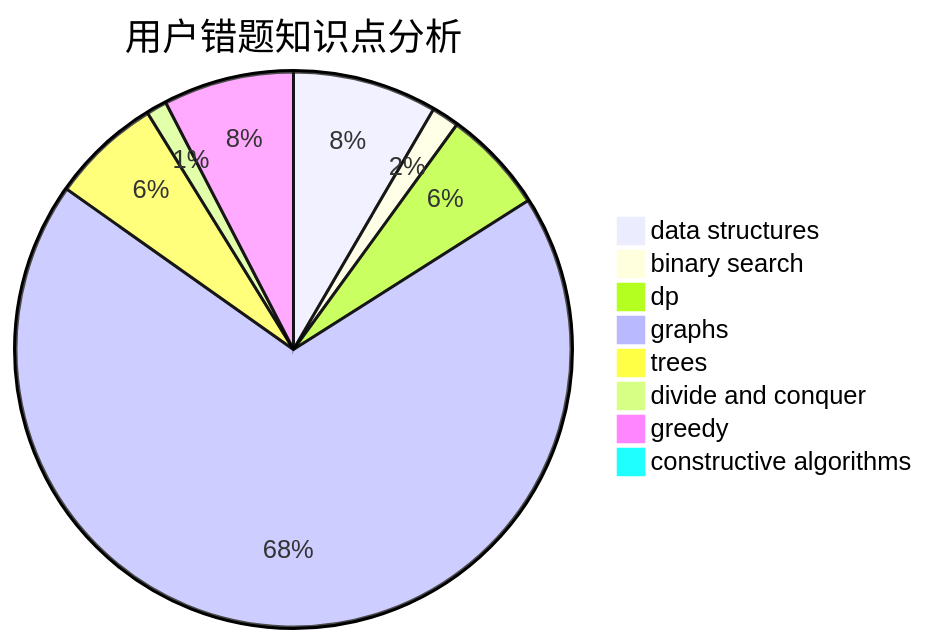
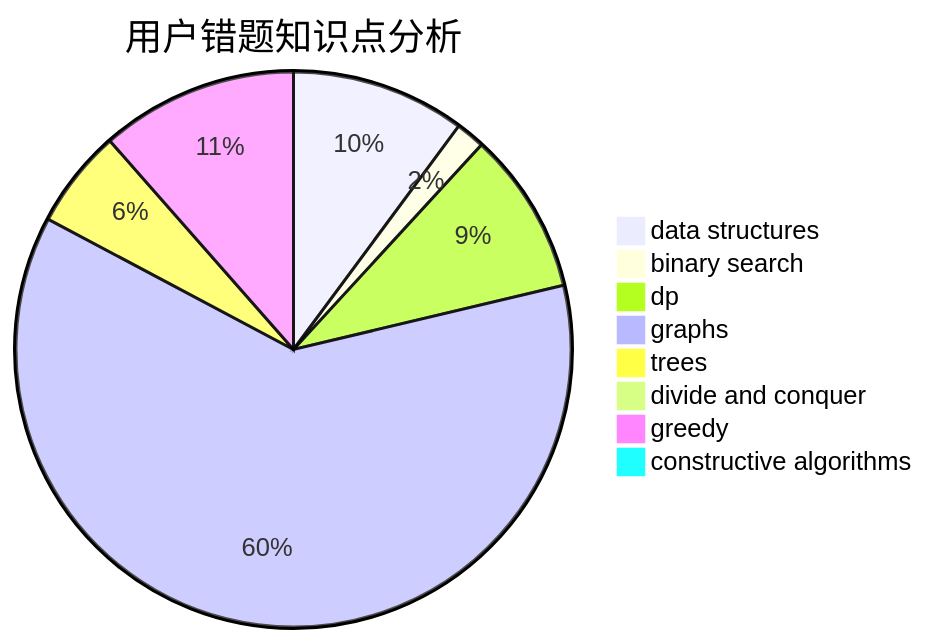
Before and after one commit to sherpahu/cfrs.github.io: the third of 3 diagrams in docs/user/u1117.md, drawn with Mermaid. The commit also changed other lines of this file and 2770 other files, not shown here.

````diff
--- a/docs/user/u1117.md
+++ b/docs/user/u1117.md
@@ -36,11 +36,11 @@
 ```mermaid
 pie title 用户错题知识点分析
-    "data structures" :  21
-    "binary search" :  4
-    "dp" :  15
-    "graphs" :  172
-    "trees" :  16
+    "data structures" :  30
+    "binary search" :  5
+    "dp" :  28
+    "graphs" :  182
+    "trees" :  17
     "divide and conquer" :  3
-    "greedy" :  19
+    "greedy" :  34
     "constructive algorithms" :  2
 ```
````
